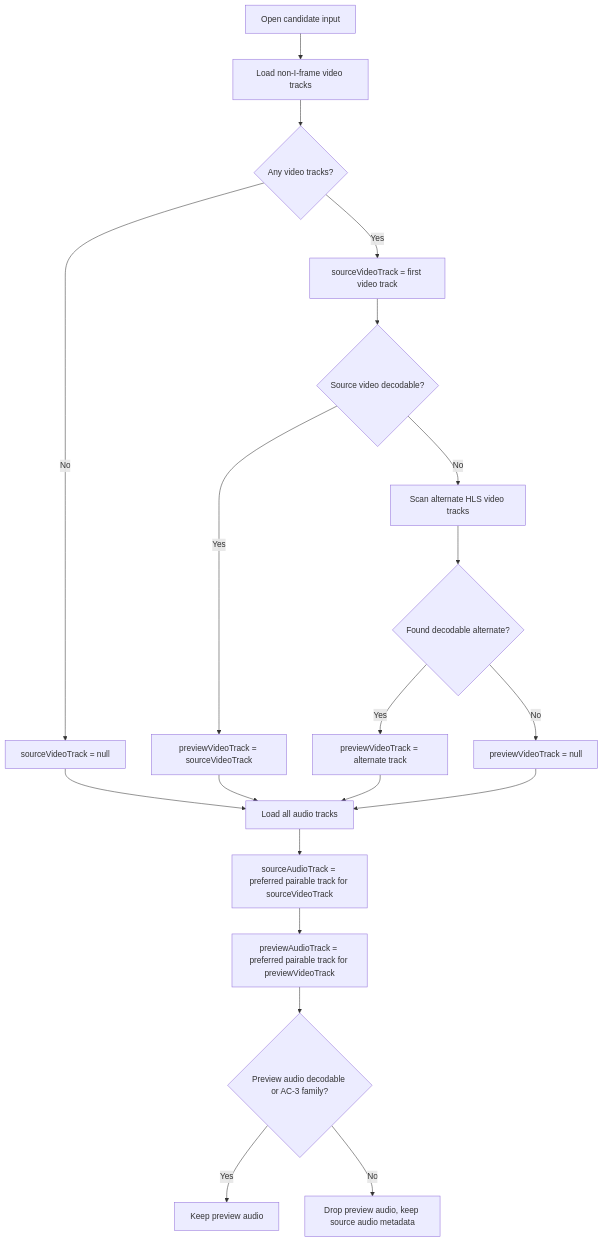
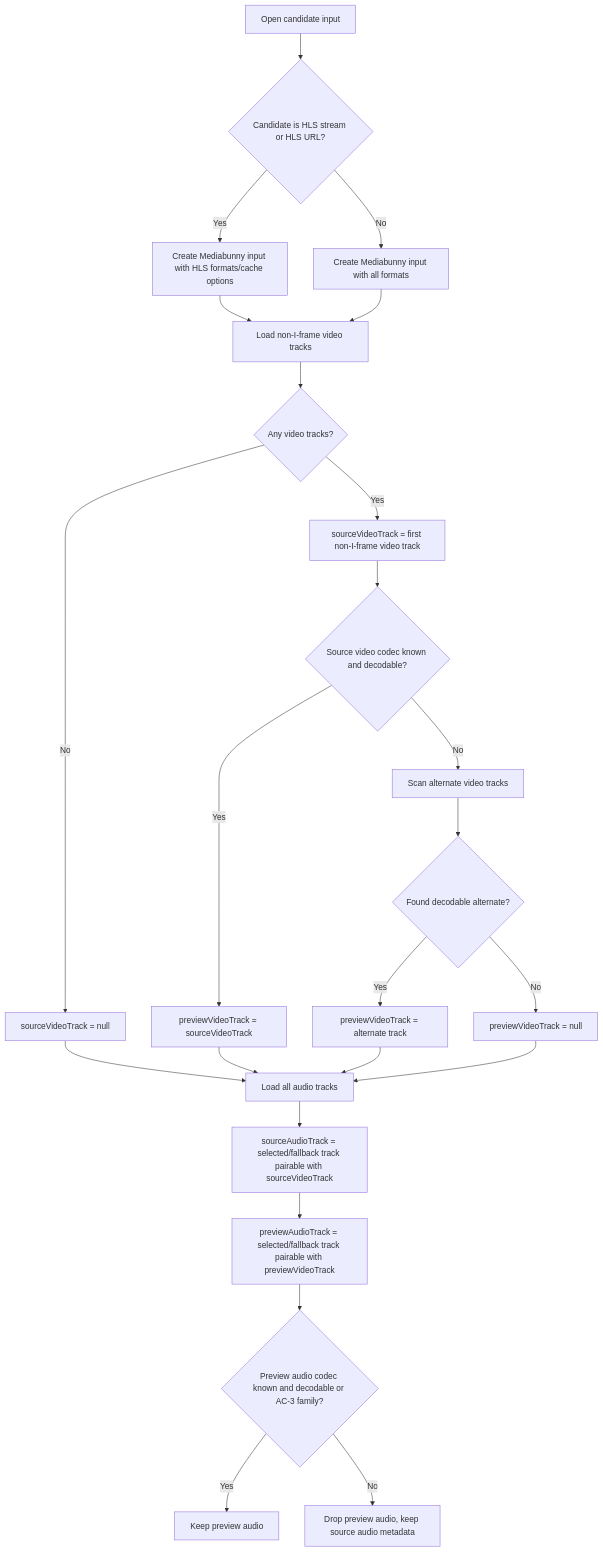
One commit to TechSquidTV/Cliparr changed the third of 13 diagrams in DIAGRAMS.md. Above: the diagram before and after it, drawn with Mermaid. The commit also changed other lines of this file, not shown here.

First line of the commit message:
docs(cliparr): update workflow diagrams (#106)

````diff
--- a/DIAGRAMS.md
+++ b/DIAGRAMS.md
@@ -60,25 +84,29 @@
 ```mermaid
 flowchart TD
-    A["Open candidate input"] --> B["Load non-I-frame video tracks"]
+    A["Open candidate input"] --> A1{"Candidate is HLS stream or HLS URL?"}
+    A1 -- "Yes" --> A2["Create Mediabunny input with HLS formats/cache options"]
+    A1 -- "No" --> A3["Create Mediabunny input with all formats"]
+    A2 --> B["Load non-I-frame video tracks"]
+    A3 --> B
     B --> C{"Any video tracks?"}
     C -- "No" --> D["sourceVideoTrack = null"]
-    C -- "Yes" --> E["sourceVideoTrack = first video track"]
+    C -- "Yes" --> E["sourceVideoTrack = first non-I-frame video track"]
 
-    E --> F{"Source video decodable?"}
+    E --> F{"Source video codec known and decodable?"}
     F -- "Yes" --> G["previewVideoTrack = sourceVideoTrack"]
-    F -- "No" --> H["Scan alternate HLS video tracks"]
+    F -- "No" --> H["Scan alternate video tracks"]
     H --> I{"Found decodable alternate?"}
     I -- "Yes" --> J["previewVideoTrack = alternate track"]
     I -- "No" --> K["previewVideoTrack = null"]
 
     D --> L["Load all audio tracks"]
     G --> L
     J --> L
     K --> L
 
-    L --> M["sourceAudioTrack = preferred pairable track for sourceVideoTrack"]
-    M --> N["previewAudioTrack = preferred pairable track for previewVideoTrack"]
-    N --> O{"Preview audio decodable or AC-3 family?"}
+    L --> M["sourceAudioTrack = selected/fallback track pairable with sourceVideoTrack"]
+    M --> N["previewAudioTrack = selected/fallback track pairable with previewVideoTrack"]
+    N --> O{"Preview audio codec known and decodable or AC-3 family?"}
     O -- "Yes" --> P["Keep preview audio"]
     O -- "No" --> Q["Drop preview audio, keep source audio metadata"]
 ```
````
